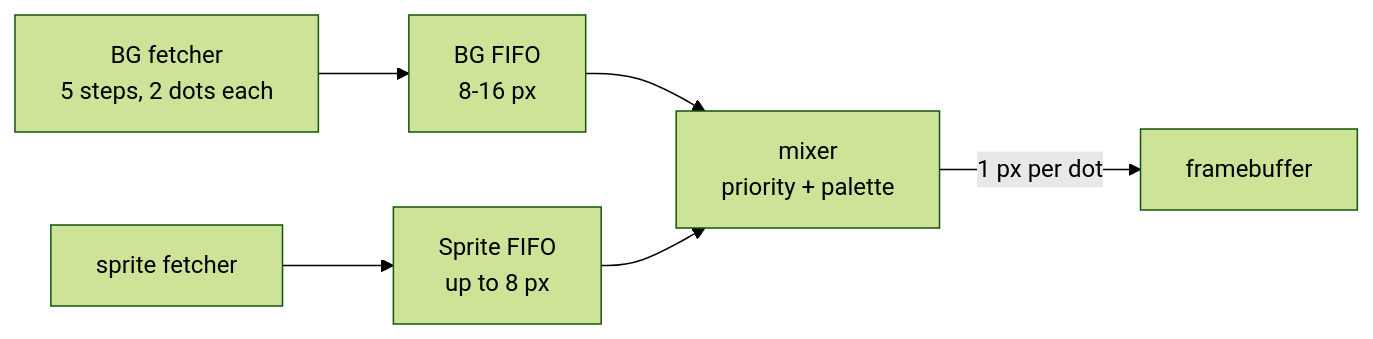
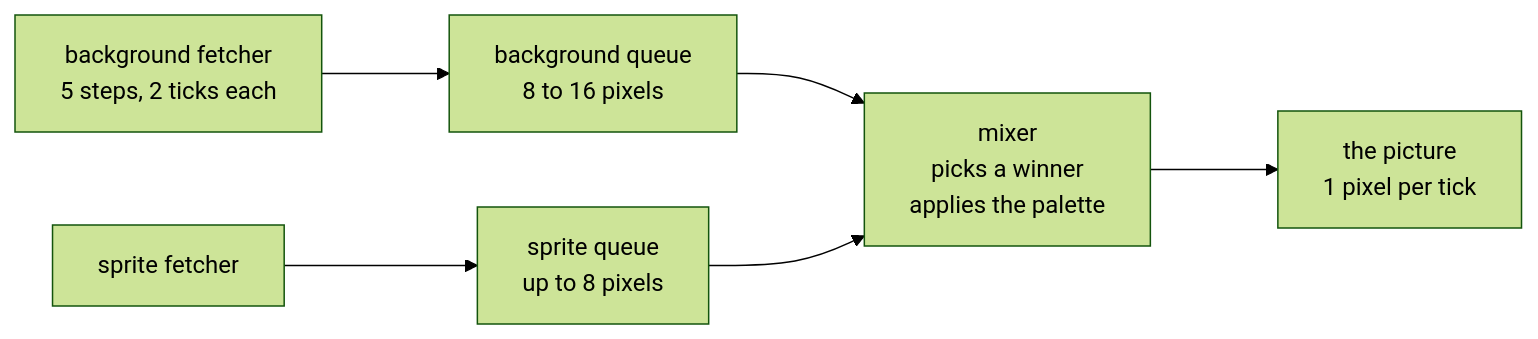
One commit to dudustri/rustboy-color changed the tenth of 16 diagrams in docs/architecture.md. Above: the diagram before and after it, drawn with Mermaid (forest theme). The commit also changed other lines of this file and 17 other files, not shown here.

````diff
--- a/docs/architecture.md
+++ b/docs/architecture.md
@@ -279,8 +293,9 @@
 ```mermaid
+%%{init: {"flowchart": {"nodeSpacing": 50, "rankSpacing": 85}}}%%
 flowchart LR
-    FET["BG fetcher<br/>5 steps, 2 dots each"] --> BGF["BG FIFO<br/>8-16 px"]
-    OAM["sprite fetcher"] --> SPF["Sprite FIFO<br/>up to 8 px"]
-    BGF --> MIX["mixer<br/>priority + palette"]
+    FET["background fetcher<br/>5 steps, 2 ticks each"] --> BGF["background queue<br/>8 to 16 pixels"]
+    OAM["sprite fetcher"] --> SPF["sprite queue<br/>up to 8 pixels"]
+    BGF --> MIX["mixer<br/>picks a winner<br/>applies the palette"]
     SPF --> MIX
-    MIX -->|"1 px per dot"| LCD["framebuffer"]
+    MIX --> LCD["the picture<br/>1 pixel per tick"]
 ```
````
